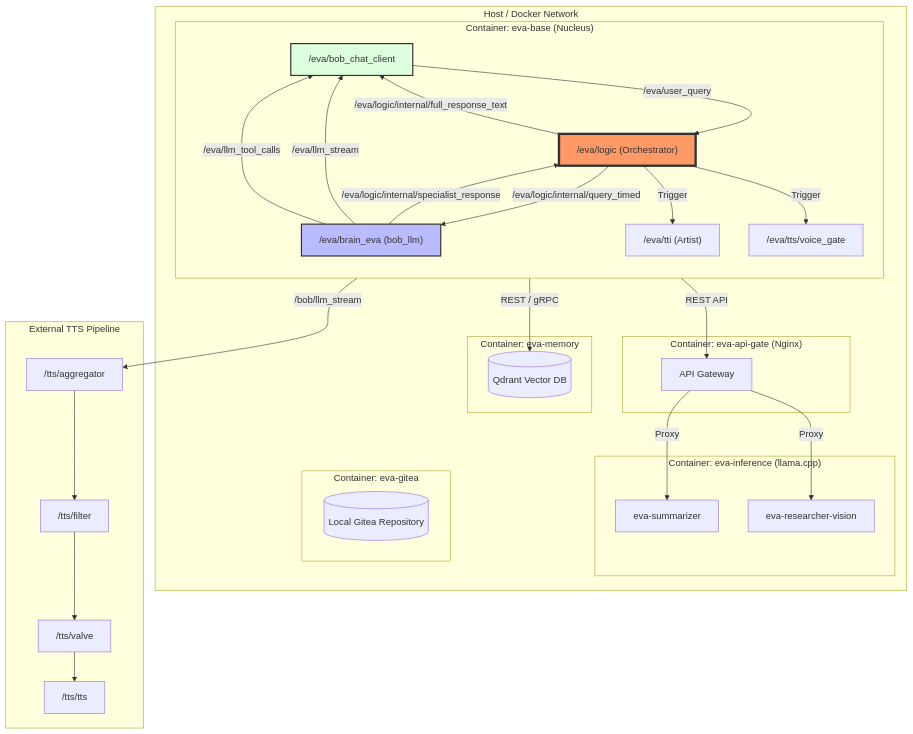
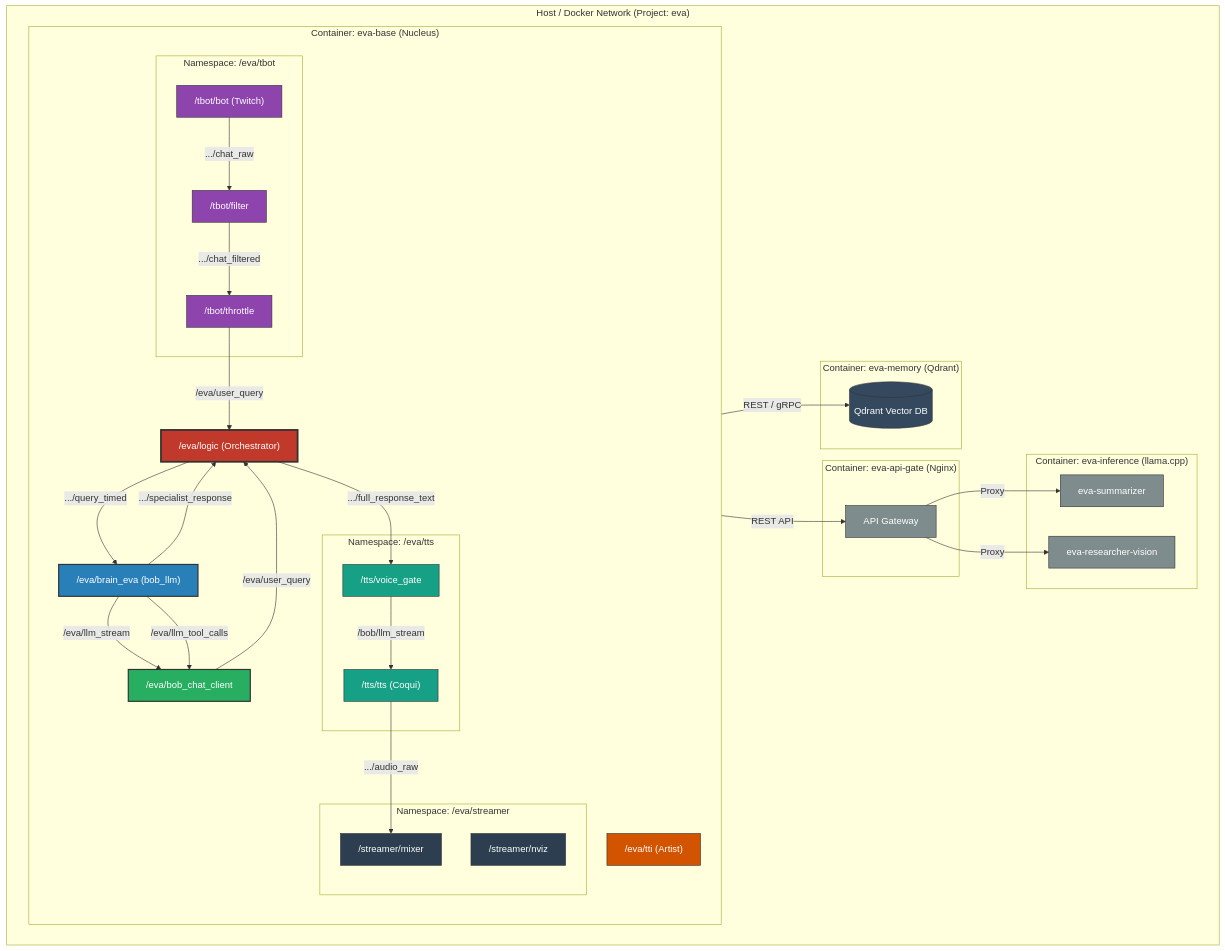
Before and after one commit to bob-ros2/bob_central: the diagram in README.md, drawn with Mermaid. The commit also changed 2 other files, not shown here.

Commit message:
docs: update architecture diagrams to match current rqt_graph with high-contrast styling

````diff
--- a/README.md
+++ b/README.md
@@ -71,6 +71,6 @@
 ```mermaid
 graph TD
-    subgraph "Host / Docker Network"
+    subgraph "Host / Docker Network (Project: eva)"
         subgraph "Container: eva-api-gate (Nginx)"
             GATE[API Gateway]
         end
@@ -82,52 +82,81 @@
 
         subgraph "Container: eva-base (Nucleus)"
             direction TB
-            CLIENT["/eva/bob_chat_client"]
+            
+            subgraph "Namespace: /eva/tbot"
+                T_BOT["/tbot/bot (Twitch)"]
+                T_FILT["/tbot/filter"]
+                T_THROT["/tbot/throttle"]
+            end
+
             LOGIC["/eva/logic (Orchestrator)"]
             BRAIN["/eva/brain_eva (bob_llm)"]
+            CLIENT["/eva/bob_chat_client"]
+            
+            subgraph "Namespace: /eva/tts"
+                VGATE["/tts/voice_gate"]
+                TTS["/tts/tts (Coqui)"]
+            end
+
+            subgraph "Namespace: /eva/streamer"
+                MIXER["/streamer/mixer"]
+                NVIZ["/streamer/nviz"]
+            end
+
             TTI["/eva/tti (Artist)"]
-            VGATE["/eva/tts/voice_gate"]
         end
 
-        subgraph "Container: eva-gitea"
-            GITEA[(Local Gitea Repository)]
-        end
-
-        subgraph "Container: eva-memory"
+        subgraph "Container: eva-memory (Qdrant)"
             QDRANT[(Qdrant Vector DB)]
         end
     end
 
-    %% Communication Flow
+    %% Tbot Feed
+    T_BOT -- ".../chat_raw" --> T_FILT
+    T_FILT -- ".../chat_filtered" --> T_THROT
+    T_THROT -- "/eva/user_query" --> LOGIC
+
+    %% Core Logic Loop
     CLIENT -- "/eva/user_query" --> LOGIC
-    LOGIC -- "/eva/logic/internal/query_timed" --> BRAIN
-    BRAIN -- "/eva/logic/internal/specialist_response" --> LOGIC
+    LOGIC -- ".../query_timed" --> BRAIN
+    BRAIN -- ".../specialist_response" --> LOGIC
+    
+    %% Output to Client
     BRAIN -- "/eva/llm_stream" --> CLIENT
     BRAIN -- "/eva/llm_tool_calls" --> CLIENT
-    LOGIC -- "/eva/logic/internal/full_response_text" --> CLIENT
     
-    %% Memory Access
-    BRAIN -- "REST / gRPC" --> QDRANT
-    
-    %% Specialist Actions
-    LOGIC -- "Trigger" --> TTI
-    LOGIC -- "Trigger" --> VGATE
-    
-    %% External / TTS Block
-    subgraph "External TTS Pipeline"
-        VGATE -- "/bob/llm_stream" --> AGG["/tts/aggregator"]
-        AGG --> FILT["/tts/filter"]
-        FILT --> VAL["/tts/valve"]
-        VAL --> TTS["/tts/tts"]
-    end
+    %% To TTS Pipeline
+    LOGIC -- ".../full_response_text" --> VGATE
+    VGATE -- "/bob/llm_stream" --> TTS
+    TTS -- ".../audio_raw" --> MIXER
 
-    %% Inference Links
+    %% Inference / Proxy
     GATE -- "Proxy" --> SUM
     GATE -- "Proxy" --> VIS
     BRAIN -- "REST API" --> GATE
+
+    %% Memory Access
+    BRAIN -- "REST / gRPC" --> QDRANT
+
+    %% Styling for optimal readability (Dark themes & white text)
+    style LOGIC fill:#c0392b,stroke:#333,stroke-width:3px,color:#fff
+    style BRAIN fill:#2980b9,stroke:#333,stroke-width:2px,color:#fff
+    style CLIENT fill:#27ae60,stroke:#333,stroke-width:2px,color:#fff
     
-    %% Style
-    style LOGIC fill:#f96,stroke:#333,stroke-width:4px
-    style BRAIN fill:#bbf,stroke:#333,stroke-width:2px
-    style CLIENT fill:#dfd,stroke:#333,stroke-width:2px
+    style T_BOT fill:#8e44ad,stroke:#333,color:#fff
+    style T_FILT fill:#8e44ad,stroke:#333,color:#fff
+    style T_THROT fill:#8e44ad,stroke:#333,color:#fff
+    
+    style VGATE fill:#16a085,stroke:#333,color:#fff
+    style TTS fill:#16a085,stroke:#333,color:#fff
+    
+    style MIXER fill:#2c3e50,stroke:#333,color:#fff
+    style NVIZ fill:#2c3e50,stroke:#333,color:#fff
+    
+    style TTI fill:#d35400,stroke:#333,color:#fff
+    
+    style GATE fill:#7f8c8d,stroke:#333,color:#fff
+    style SUM fill:#7f8c8d,stroke:#333,color:#fff
+    style VIS fill:#7f8c8d,stroke:#333,color:#fff
+    style QDRANT fill:#34495e,stroke:#333,color:#fff
 ```
````
